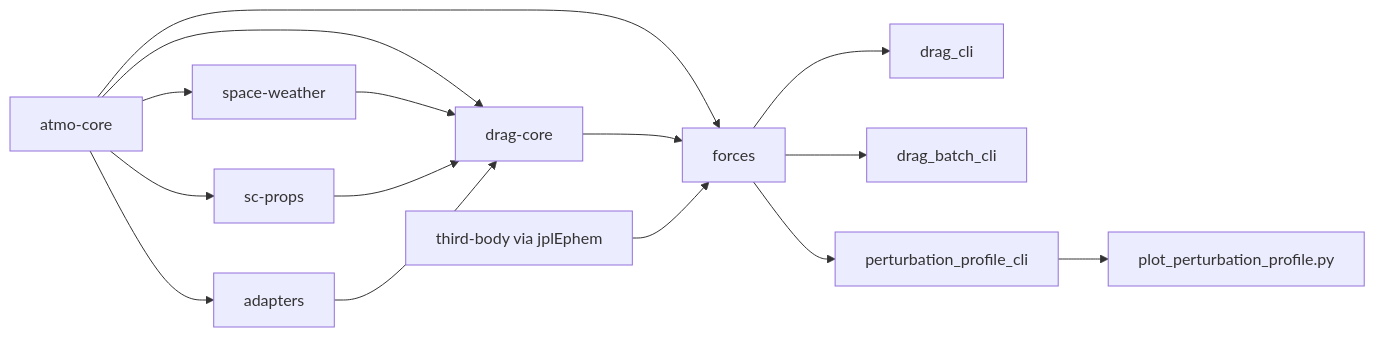
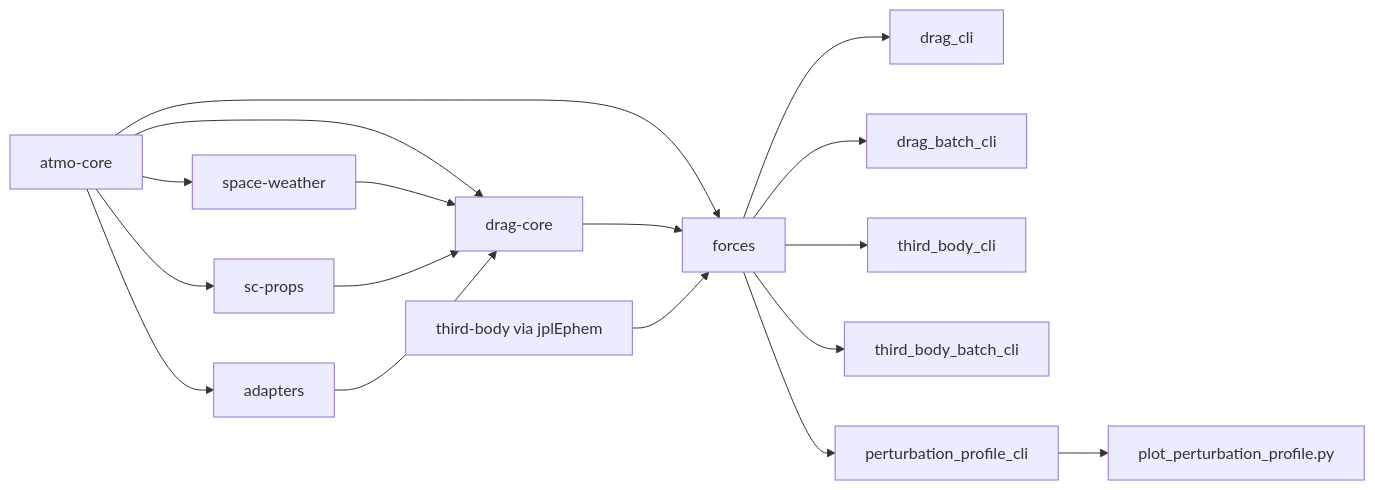
Before and after one commit to watsonryan/astroforces: the diagram in docs/ARCHITECTURE.md, drawn with Mermaid. The commit also changed other lines of this file and 5 other files, not shown here.

Commit message:
add third-body single and batch cli tools

````diff
--- a/docs/ARCHITECTURE.md
+++ b/docs/ARCHITECTURE.md
@@ -4,17 +4,19 @@
 ```mermaid
 flowchart LR
   A[atmo-core] --> B[space-weather]
   A --> C[sc-props]
   A --> D[adapters]
   A --> E[drag-core]
   A --> F[forces]
   B --> E
   C --> E
   D --> E
   E --> F
   T[third-body via jplEphem] --> F
   F --> G[drag_cli]
   F --> H[drag_batch_cli]
+  F --> X[third_body_cli]
+  F --> Y[third_body_batch_cli]
   F --> P[perturbation_profile_cli]
   P --> Q[plot_perturbation_profile.py]
 ```
````
